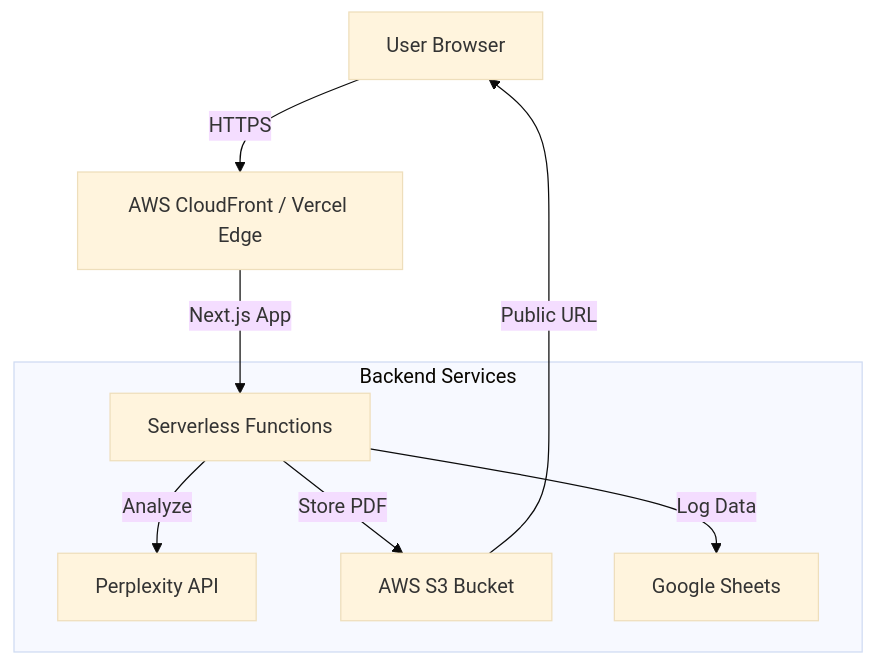
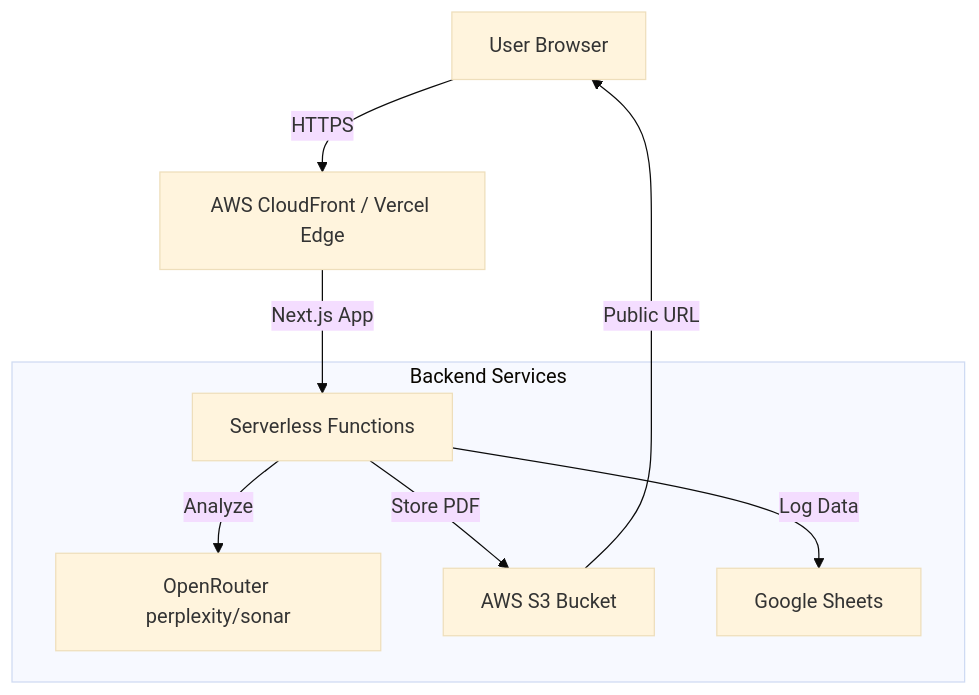
One commit to demonking7860/D-Vivid-harsh changed the diagram in Documentations/Technical_Documentation.md. Above: the diagram before and after it, drawn with Mermaid (base theme). The commit also changed other lines of this file and 7 other files, not shown here.

First line of the commit message:
Reimplement LLM via official @openrouter/sdk with perplexity/sonar.

````diff
--- a/Documentations/Technical_Documentation.md
+++ b/Documentations/Technical_Documentation.md
@@ -84,13 +84,13 @@
 ```mermaid
 graph TD
     Client[User Browser] -->|HTTPS| CDN[AWS CloudFront / Vercel Edge]
     CDN -->|Next.js App| Server[Serverless Functions]
     
     subgraph Backend Services
-        Server -->|Analyze| AI[Perplexity API]
+        Server -->|Analyze| AI[OpenRouter perplexity/sonar]
         Server -->|Store PDF| S3[AWS S3 Bucket]
         Server -->|Log Data| Sheets[Google Sheets]
     end
     
     S3 -->|Public URL| Client
 ```
````
